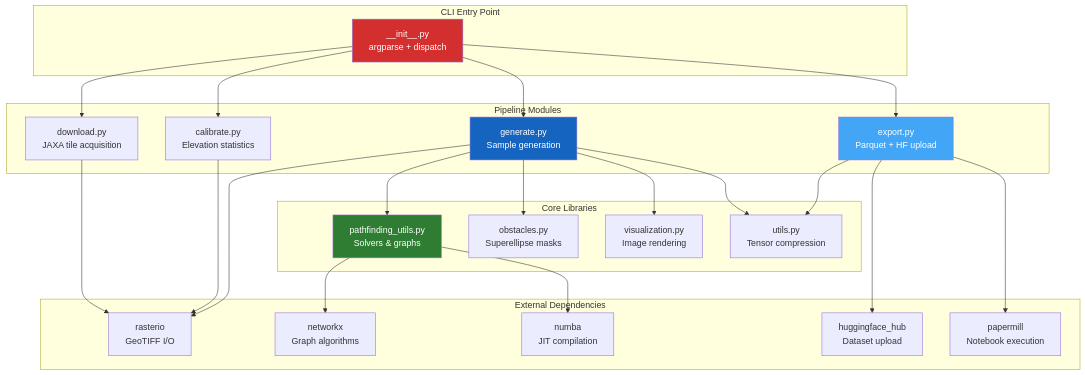
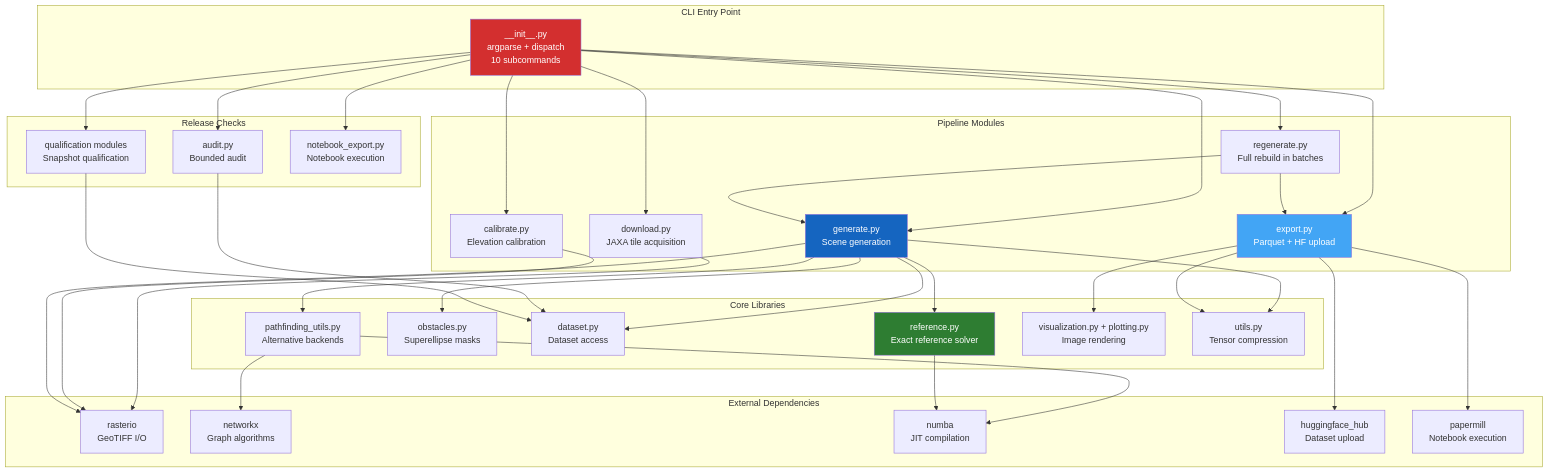
One commit to ThalesGroup/passage changed the diagram in docs/architecture/index.md. Above: the diagram before and after it, drawn with Mermaid. The commit also changed other lines of this file and 69 other files, not shown here.

````diff
--- a/docs/architecture/index.md
+++ b/docs/architecture/index.md
@@ -14,53 +14,73 @@
 ```mermaid
 graph TB
     subgraph CLI["CLI Entry Point"]
-        MAIN["__init__.py<br>argparse + dispatch"]
+        MAIN["__init__.py<br>argparse + dispatch<br>10 subcommands"]
     end
 
     subgraph Pipeline["Pipeline Modules"]
         DL["download.py<br>JAXA tile acquisition"]
-        CAL["calibrate.py<br>Elevation statistics"]
-        GEN["generate.py<br>Sample generation"]
+        CAL["calibrate.py<br>Elevation calibration"]
+        GEN["generate.py<br>Scene generation"]
         EXP["export.py<br>Parquet + HF upload"]
+        REG["regenerate.py<br>Full rebuild in batches"]
+    end
+
+    subgraph Release["Release Checks"]
+        AUD["audit.py<br>Bounded audit"]
+        QUA["qualification modules<br>Snapshot qualification"]
+        NB["notebook_export.py<br>Notebook execution"]
     end
 
     subgraph Core["Core Libraries"]
-        PF["pathfinding_utils.py<br>Solvers & graphs"]
+        REF["reference.py<br>Exact reference solver"]
         OBS["obstacles.py<br>Superellipse masks"]
-        VIZ["visualization.py<br>Image rendering"]
+        DS["dataset.py<br>Dataset access"]
+        PF["pathfinding_utils.py<br>Alternative backends"]
+        VIZ["visualization.py + plotting.py<br>Image rendering"]
         UTL["utils.py<br>Tensor compression"]
     end
 
     subgraph External["External Dependencies"]
         RASTERIO["rasterio<br>GeoTIFF I/O"]
         NX["networkx<br>Graph algorithms"]
         NUMBA["numba<br>JIT compilation"]
         HF["huggingface_hub<br>Dataset upload"]
         PM["papermill<br>Notebook execution"]
     end
 
     MAIN --> DL
     MAIN --> CAL
     MAIN --> GEN
     MAIN --> EXP
+    MAIN --> REG
+    MAIN --> AUD
+    MAIN --> QUA
+    MAIN --> NB
 
+    GEN --> REF
+    GEN --> OBS
+    GEN --> DS
+    GEN --> UTL
     GEN --> PF
-    GEN --> OBS
-    GEN --> VIZ
-    GEN --> UTL
+    REG --> GEN
+    REG --> EXP
 
     EXP --> UTL
+    EXP --> VIZ
     EXP --> PM
+    AUD --> DS
+    QUA --> DS
 
     DL --> RASTERIO
     CAL --> RASTERIO
     GEN --> RASTERIO
     PF --> NX
     PF --> NUMBA
+    REF --> NUMBA
     EXP --> HF
 
     style MAIN fill:#D32F2F,color:#fff
     style GEN fill:#1565C0,color:#fff
-    style PF fill:#2E7D32,color:#fff
+    style REF fill:#2E7D32,color:#fff
     style EXP fill:#42A5F5,color:#fff
 ```
````
